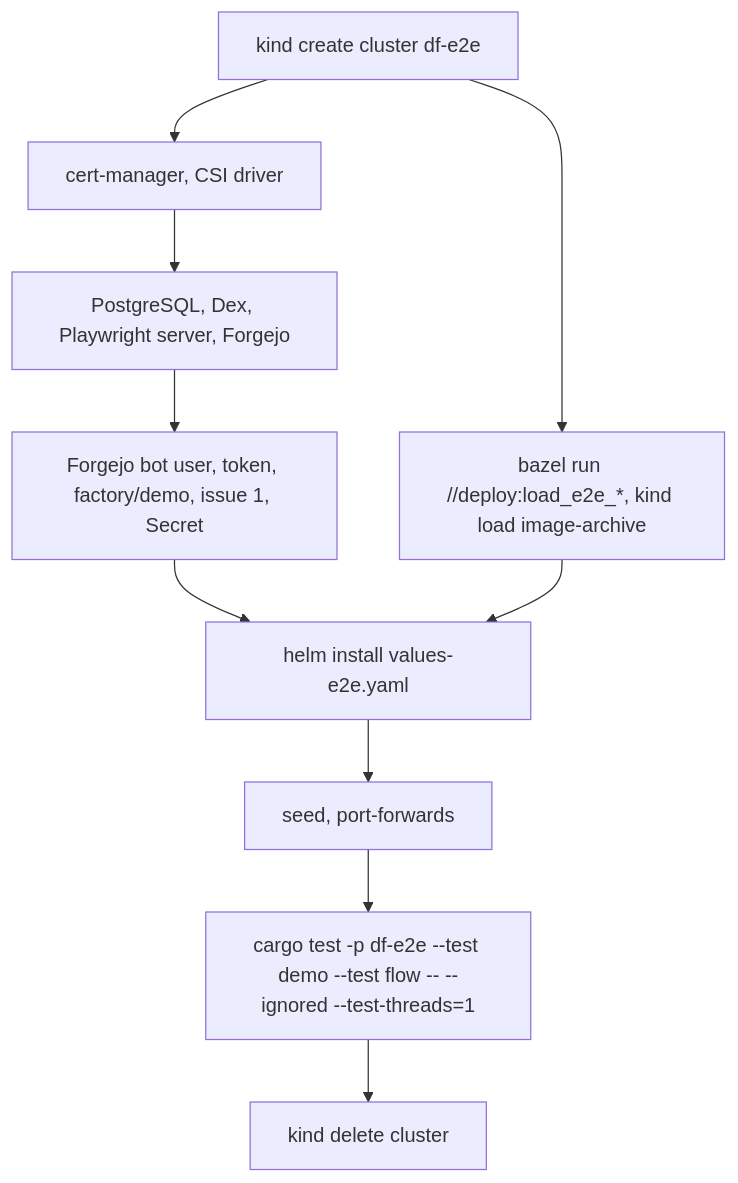
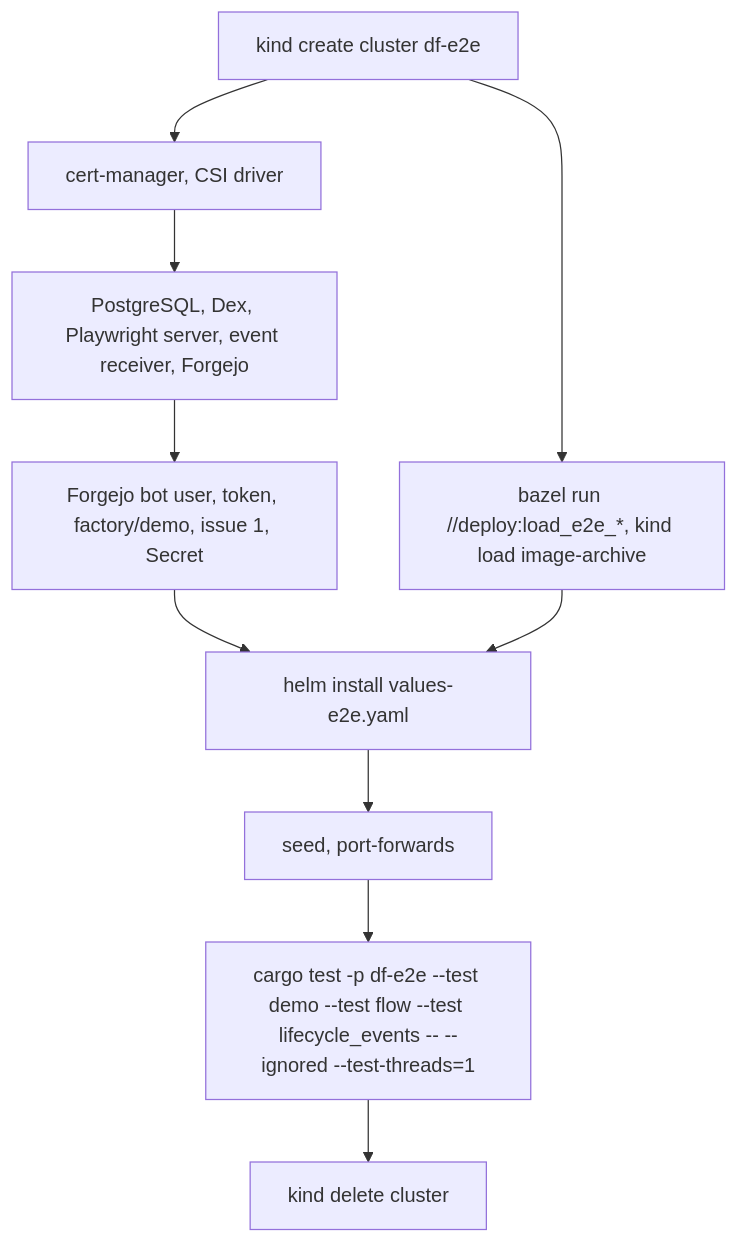
Before and after one commit to prskr/dark-factory: the diagram in docs/demo.md, drawn with Mermaid. The commit also changed other lines of this file and 11 other files, not shown here.

First line of the commit message:
feat(lifecycle-events): e2e scenario with an in-cluster receiver

````diff
--- a/docs/demo.md
+++ b/docs/demo.md
@@ -27,12 +27,12 @@
 ```mermaid
 flowchart TD
     A[kind create cluster df-e2e] --> B[cert-manager, CSI driver]
     A --> I[bazel run //deploy:load_e2e_*, kind load image-archive]
-    B --> C[PostgreSQL, Dex, Playwright server, Forgejo]
+    B --> C[PostgreSQL, Dex, Playwright server, event receiver, Forgejo]
     C --> D[Forgejo bot user, token, factory/demo, issue 1, Secret]
     D --> E[helm install values-e2e.yaml]
     I --> E
     E --> F[seed, port-forwards]
-    F --> G["cargo test -p df-e2e --test demo --test flow -- --ignored --test-threads=1"]
+    F --> G["cargo test -p df-e2e --test demo --test flow --test lifecycle_events -- --ignored --test-threads=1"]
     G --> H[kind delete cluster]
 ```
````
